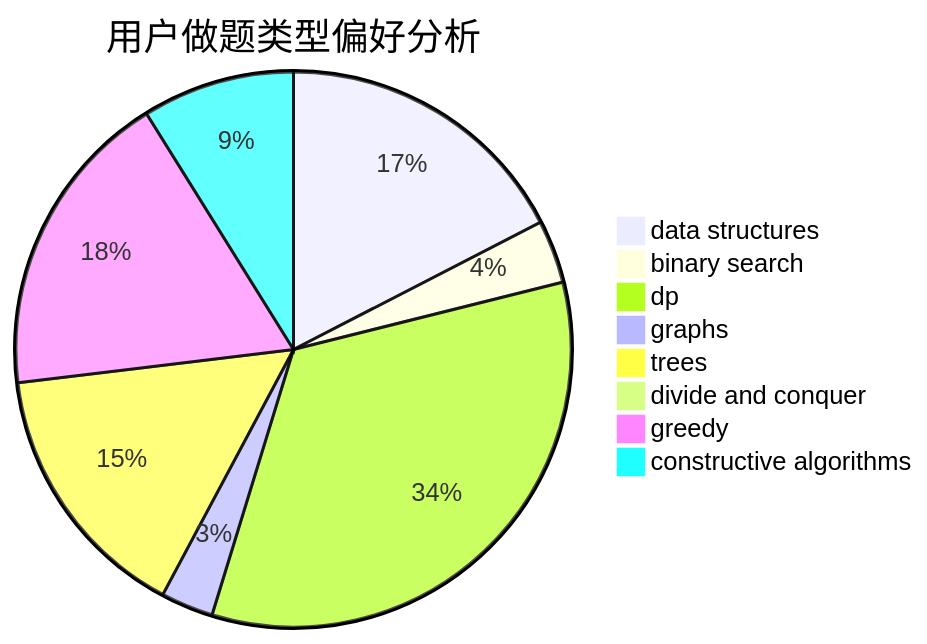
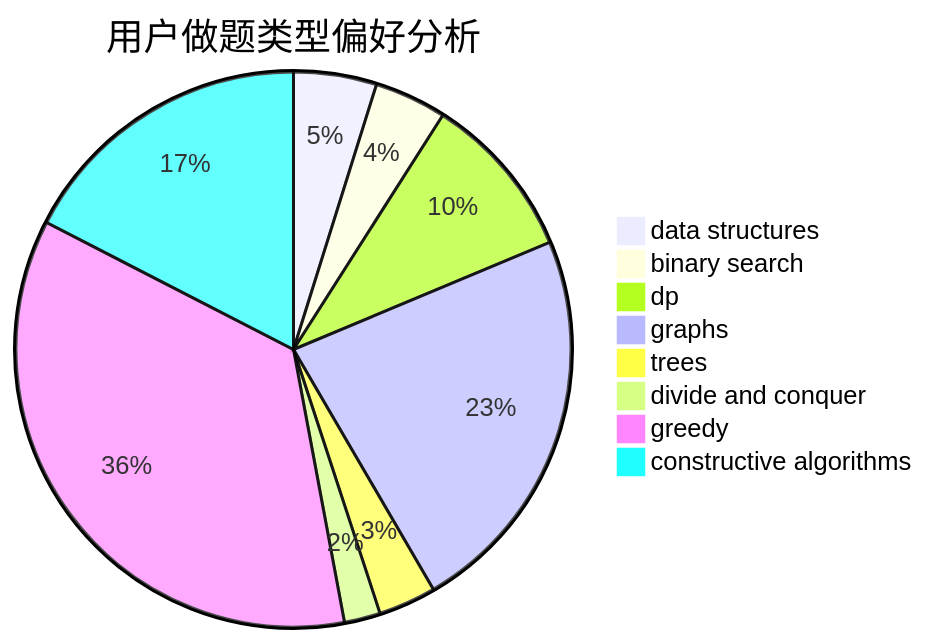
One commit to sherpahu/cfrs.github.io changed the second of 3 diagrams in docs/user/u2142.md. Above: the diagram before and after it, drawn with Mermaid. The commit also changed other lines of this file and 2770 other files, not shown here.

````diff
--- a/docs/user/u2142.md
+++ b/docs/user/u2142.md
@@ -23,11 +23,11 @@
 ```mermaid
 pie title 用户做题类型偏好分析
-    "data structures" :  57
-    "binary search" :  12
-    "dp" :  110
-    "graphs" :  10
-    "trees" :  50
-    "divide and conquer" :  0
-    "greedy" :  59
-    "constructive algorithms" :  29
+    "data structures" :  23
+    "binary search" :  20
+    "dp" :  46
+    "graphs" :  109
+    "trees" :  16
+    "divide and conquer" :  10
+    "greedy" :  169
+    "constructive algorithms" :  83
 ```
````
